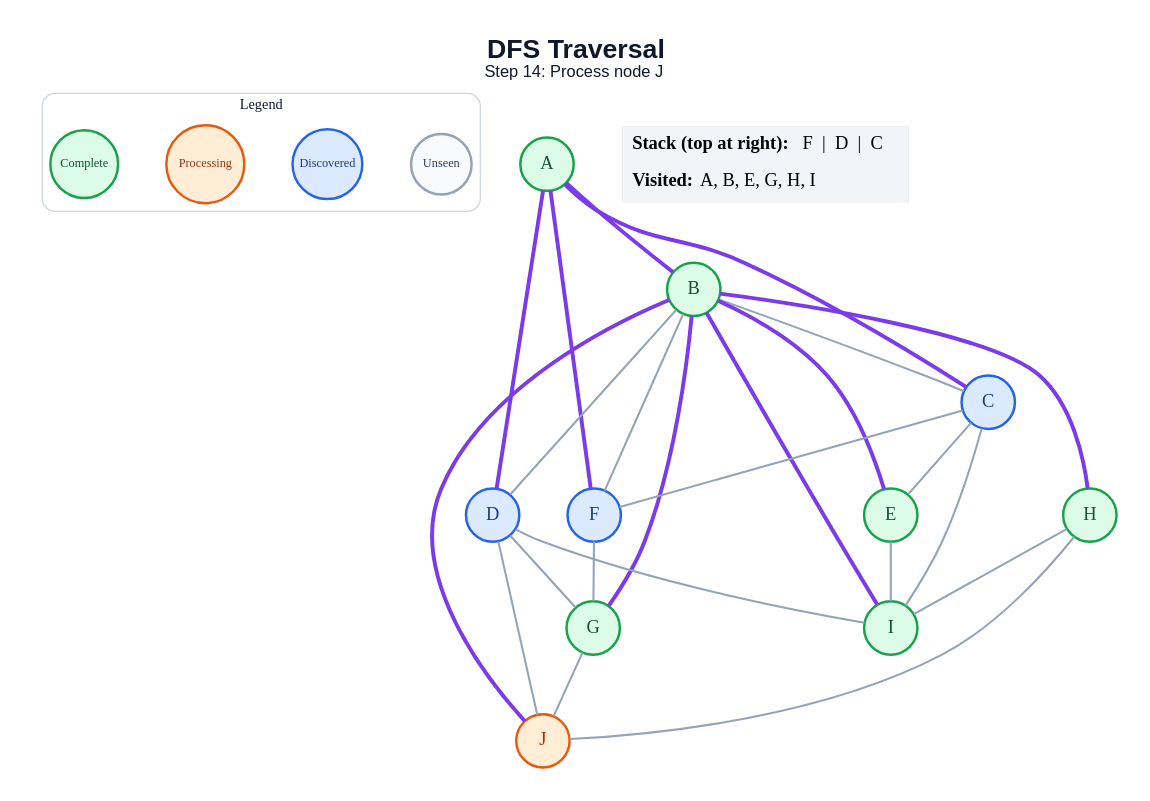
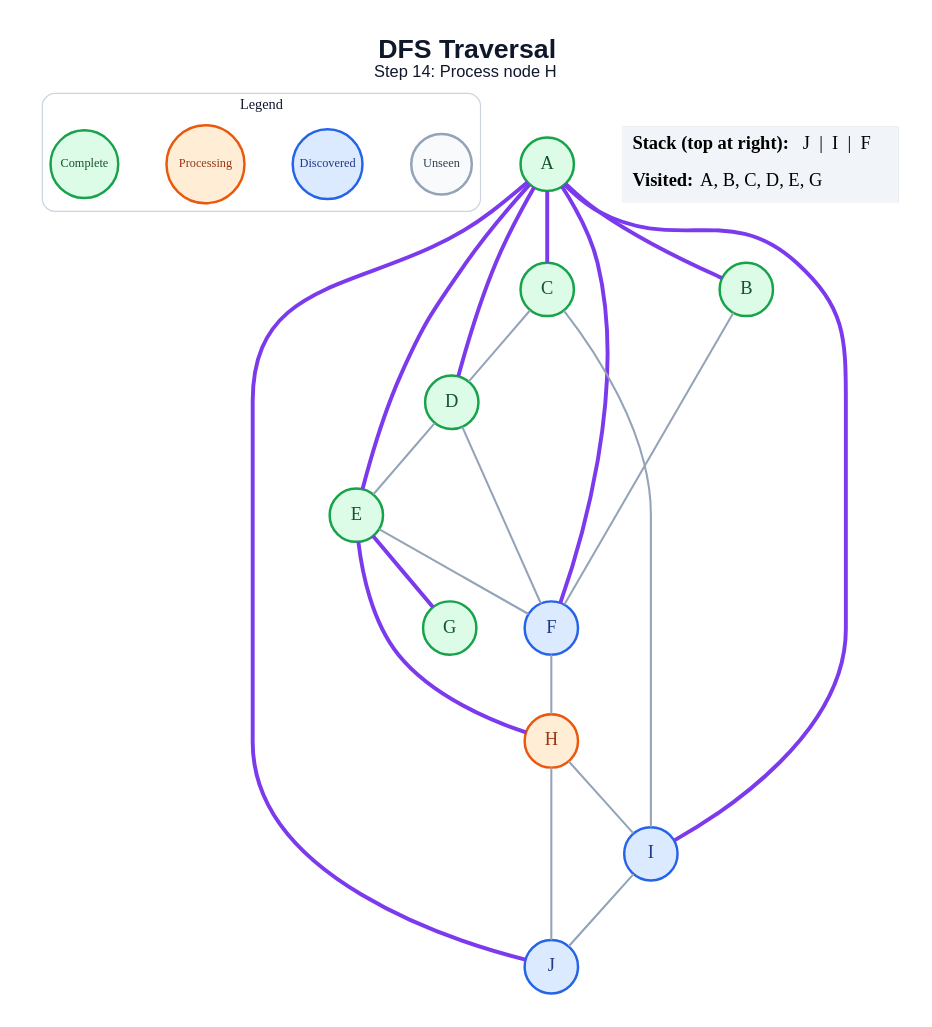
One commit to anon7238593-create/ai-slop changed the diagram in generated/dfs/step_14.dot. Above: the diagram before and after it, drawn with Graphviz. The commit also changed 178 other files, not shown here.

```diff
--- a/generated/dfs/step_14.dot
+++ b/generated/dfs/step_14.dot
@@ -1,52 +1,48 @@
 graph traversal {
   graph [layout=dot, rankdir=TB, bgcolor="#FFFFFF", pad="0.35", nodesep="0.65", ranksep="0.8", fontname="Arial"];
   node [shape=circle, style="filled", fontname="Arial Bold", fontsize=18, width=0.72, fixedsize=true, penwidth=2.4];
   edge [color="#94A3B8", penwidth=2.0];
-  label=<<B>DFS Traversal</B><BR/><FONT POINT-SIZE="16">Step 14: Process node J</FONT>>; labelloc="t"; fontsize=26; fontname="Arial"; fontcolor="#0F172A";
+  label=<<B>DFS Traversal</B><BR/><FONT POINT-SIZE="16">Step 14: Process node H</FONT>>; labelloc="t"; fontsize=26; fontname="Arial"; fontcolor="#0F172A";
   subgraph cluster_legend { label="Legend"; color="#CBD5E1"; penwidth=1.2; style="rounded"; fontsize=14; fontname="Arial Bold";
     key_unseen [label="Unseen", fillcolor="#F8FAFC", color="#94A3B8", fontcolor="#334155", fontsize=12, width=0.82];
     key_frontier [label="Discovered", fillcolor="#DBEAFE", color="#2563EB", fontcolor="#1E3A8A", fontsize=12, width=0.95];
     key_current [label="Processing", fillcolor="#FFEDD5", color="#EA580C", fontcolor="#9A3412", fontsize=12, width=1.05];
     key_done [label="Complete", fillcolor="#DCFCE7", color="#16A34A", fontcolor="#14532D", fontsize=12, width=0.92];
     { rank=same; key_unseen; key_frontier; key_current; key_done; }
   }
   A [fillcolor="#DCFCE7", color="#16A34A", fontcolor="#14532D"];
   B [fillcolor="#DCFCE7", color="#16A34A", fontcolor="#14532D"];
-  C [fillcolor="#DBEAFE", color="#2563EB", fontcolor="#1E3A8A"];
-  D [fillcolor="#DBEAFE", color="#2563EB", fontcolor="#1E3A8A"];
+  C [fillcolor="#DCFCE7", color="#16A34A", fontcolor="#14532D"];
+  D [fillcolor="#DCFCE7", color="#16A34A", fontcolor="#14532D"];
   E [fillcolor="#DCFCE7", color="#16A34A", fontcolor="#14532D"];
   F [fillcolor="#DBEAFE", color="#2563EB", fontcolor="#1E3A8A"];
   G [fillcolor="#DCFCE7", color="#16A34A", fontcolor="#14532D"];
-  H [fillcolor="#DCFCE7", color="#16A34A", fontcolor="#14532D"];
-  I [fillcolor="#DCFCE7", color="#16A34A", fontcolor="#14532D"];
-  J [fillcolor="#FFEDD5", color="#EA580C", fontcolor="#9A3412"];
+  H [fillcolor="#FFEDD5", color="#EA580C", fontcolor="#9A3412"];
+  I [fillcolor="#DBEAFE", color="#2563EB", fontcolor="#1E3A8A"];
+  J [fillcolor="#DBEAFE", color="#2563EB", fontcolor="#1E3A8A"];
   A -- B [color="#7C3AED", penwidth=3.8];
   A -- C [color="#7C3AED", penwidth=3.8];
   A -- D [color="#7C3AED", penwidth=3.8];
+  A -- E [color="#7C3AED", penwidth=3.8];
   A -- F [color="#7C3AED", penwidth=3.8];
-  B -- C;
-  B -- D;
-  B -- E [color="#7C3AED", penwidth=3.8];
+  A -- I [color="#7C3AED", penwidth=3.8];
+  A -- J [color="#7C3AED", penwidth=3.8];
   B -- F;
-  B -- G [color="#7C3AED", penwidth=3.8];
-  B -- H [color="#7C3AED", penwidth=3.8];
-  B -- I [color="#7C3AED", penwidth=3.8];
-  B -- J [color="#7C3AED", penwidth=3.8];
-  C -- E;
-  C -- F;
+  C -- D;
   C -- I;
-  D -- G;
-  D -- I;
-  D -- J;
-  E -- I;
-  F -- G;
-  G -- J;
+  D -- E;
+  D -- F;
+  E -- F;
+  E -- G [color="#7C3AED", penwidth=3.8];
+  E -- H [color="#7C3AED", penwidth=3.8];
+  F -- H;
   H -- I;
   H -- J;
+  I -- J;
   status [shape=plain, fixedsize=false, width=0, height=0, margin=0, label=<
     <TABLE BORDER="0" CELLBORDER="0" CELLPADDING="7" BGCOLOR="#F1F5F9">
-      <TR><TD ALIGN="LEFT"><B>Stack (top at right):</B> F  |  D  |  C</TD></TR>
-      <TR><TD ALIGN="LEFT"><B>Visited:</B> A, B, E, G, H, I</TD></TR>
+      <TR><TD ALIGN="LEFT"><B>Stack (top at right):</B> J  |  I  |  F</TD></TR>
+      <TR><TD ALIGN="LEFT"><B>Visited:</B> A, B, C, D, E, G</TD></TR>
     </TABLE>
   >];
 }
```
